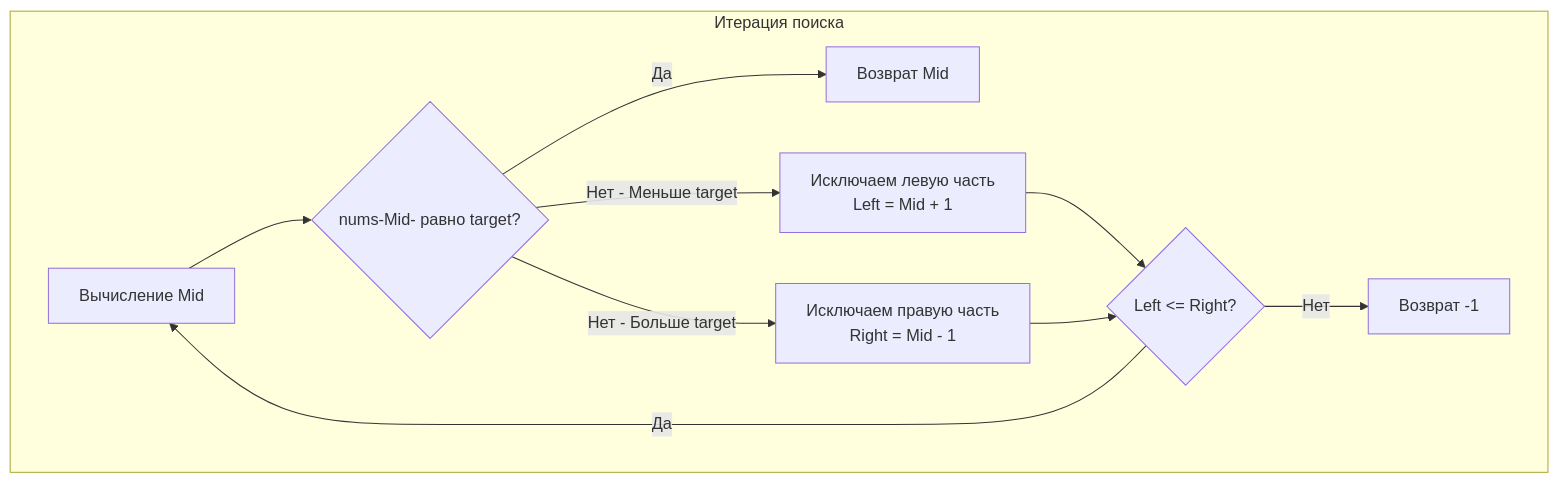
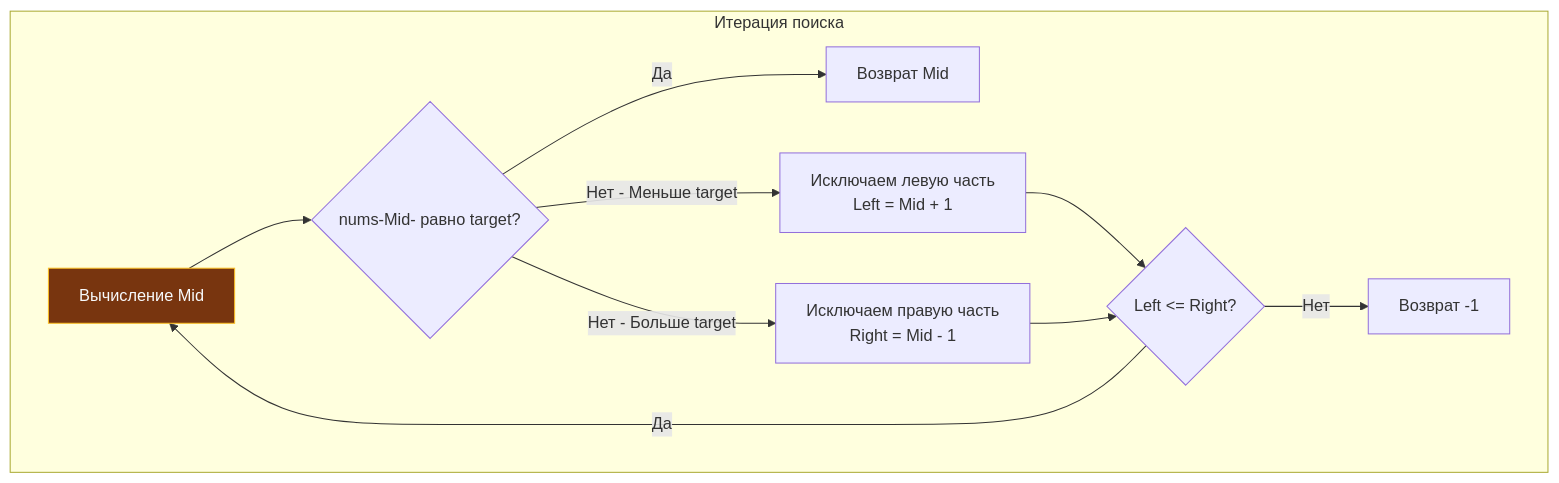
Before and after one commit to UnrealTemplier/go-textbook: the diagram in sources/21. Задачи с LeetCode и собеседований на Go/02. Задачи/09. Бинарный поиск/3. Binary Search.md, drawn with Mermaid. The commit also changed 1666 other files, not shown here.

First line of the commit message:
feat(mermaid): add semantic color classDef to 1369 colorless flowchart/graph diagrams

````diff
--- a/sources/21. Задачи с LeetCode и собеседований на Go/02. Задачи/09. Бинарный поиск/3. Binary Search.md
+++ b/sources/21. Задачи с LeetCode и собеседований на Go/02. Задачи/09. Бинарный поиск/3. Binary Search.md
@@ -22,16 +22,26 @@
 ```mermaid
 flowchart TD
+    classDef process  fill:#1e293b,stroke:#38bdf8,stroke-width:1px,color:#f8fafc
+    classDef success  fill:#064e3b,stroke:#34d399,stroke-width:1px,color:#f8fafc
+    classDef error    fill:#7f1d1d,stroke:#f87171,stroke-width:1px,color:#f8fafc
+    classDef warning  fill:#78350f,stroke:#fbbf24,stroke-width:1px,color:#f8fafc
+    classDef entry    fill:#1e3a5f,stroke:#38bdf8,stroke-width:2px,color:#f8fafc
+    classDef aux      fill:#334155,stroke:#64748b,stroke-width:1px,color:#f8fafc
+    classDef system   fill:#312e81,stroke:#a78bfa,stroke-width:1px,color:#f8fafc
+    classDef data     fill:#132d29,stroke:#2dd4bf,stroke-width:1px,color:#f8fafc
+    classDef network  fill:#881337,stroke:#fb7185,stroke-width:1px,color:#f8fafc
+    classDef accent   fill:#1e1b4b,stroke:#818cf8,stroke-width:1px,color:#f8fafc
     subgraph Итерация поиска
-        Start["Вычисление Mid"] --> Check{"nums-Mid- равно target?"}
+        Start["Вычисление Mid"]:::warning --> Check{"nums-Mid- равно target?"}
         
         Check -->|"Да"| Found["Возврат Mid"]
         Check -->|"Нет - Меньше target"| GoRight["Исключаем левую часть<br>Left = Mid + 1"]
         Check -->|"Нет - Больше target"| GoLeft["Исключаем правую часть<br>Right = Mid - 1"]
         
         GoRight --> CheckBounds{"Left <= Right?"}
         GoLeft --> CheckBounds
         
         CheckBounds -->|"Да"| Start
         CheckBounds -->|"Нет"| NotFound["Возврат -1"]
     end
 ```
````
